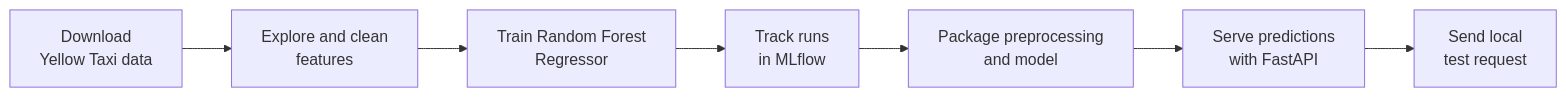
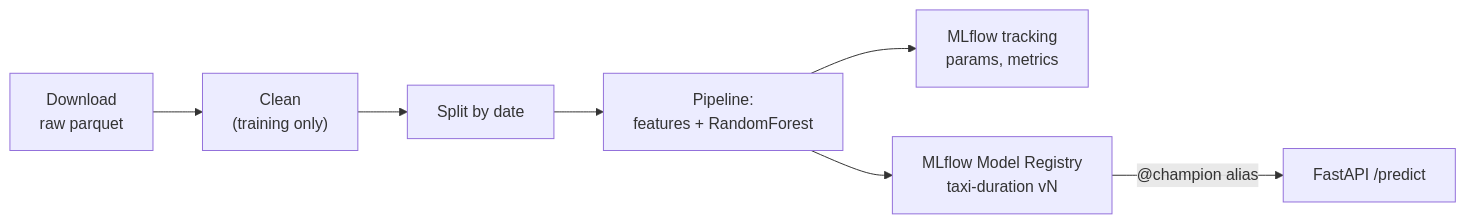
Before and after one commit to ponmalargs/mle-model-deployment-project: the diagram in README.md, drawn with Mermaid. The commit also changed other lines of this file and 30 other files, not shown here.

````diff
--- a/README.md
+++ b/README.md
@@ -16,9 +9,9 @@
 ```mermaid
 flowchart LR
-    A["Download<br>Yellow Taxi data"] --> B["Explore and clean<br>features"]
-    B --> C["Train Random Forest<br>Regressor"]
-    C --> D["Track runs<br>in MLflow"]
-    D --> E["Package preprocessing<br>and model"]
-    E --> F["Serve predictions<br>with FastAPI"]
-    F --> G["Send local<br>test request"]
+    A["Download<br>raw parquet"] --> B["Clean<br>(training only)"]
+    B --> C["Split by date"]
+    C --> D["Pipeline:<br>features + RandomForest"]
+    D --> E["MLflow tracking<br>params, metrics"]
+    D --> F["MLflow Model Registry<br>taxi-duration vN"]
+    F -->|"@champion alias"| G["FastAPI /predict"]
 ```
````
